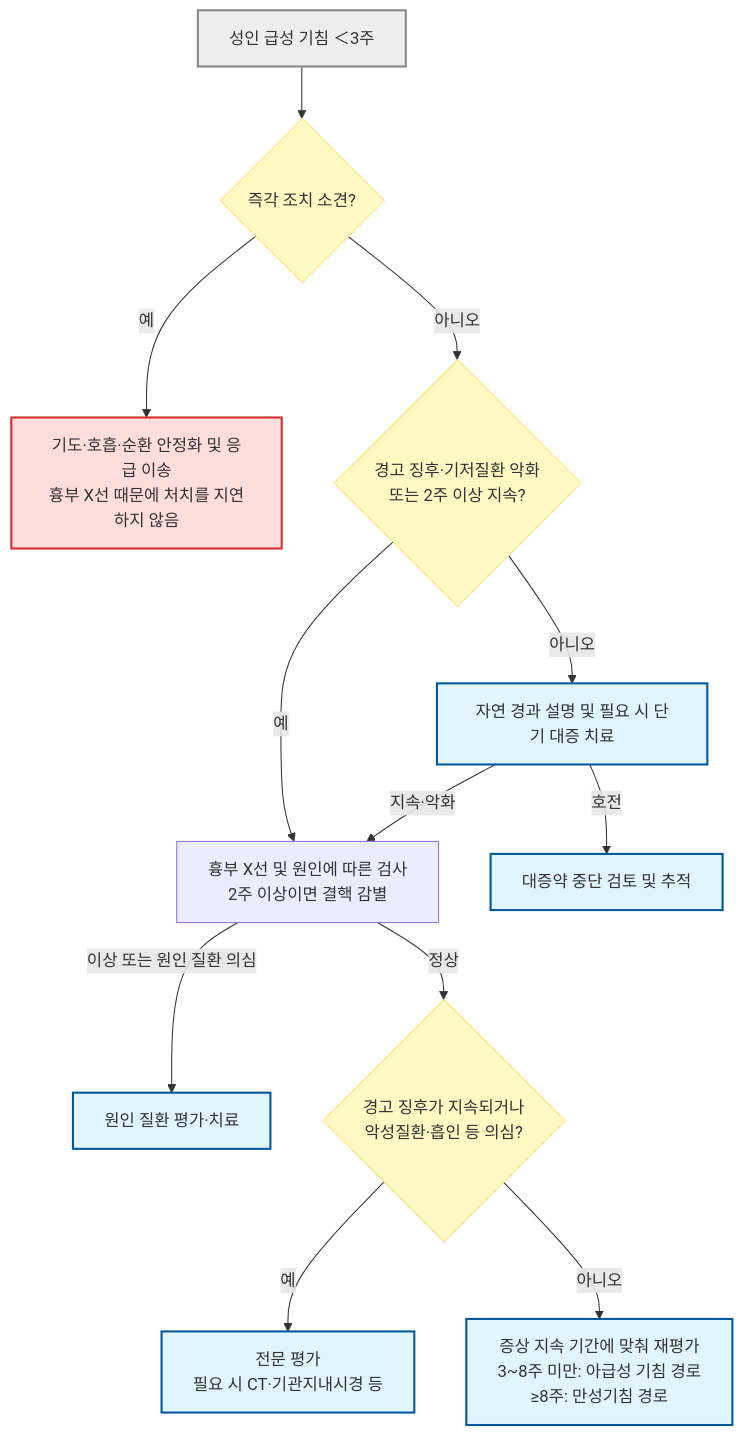
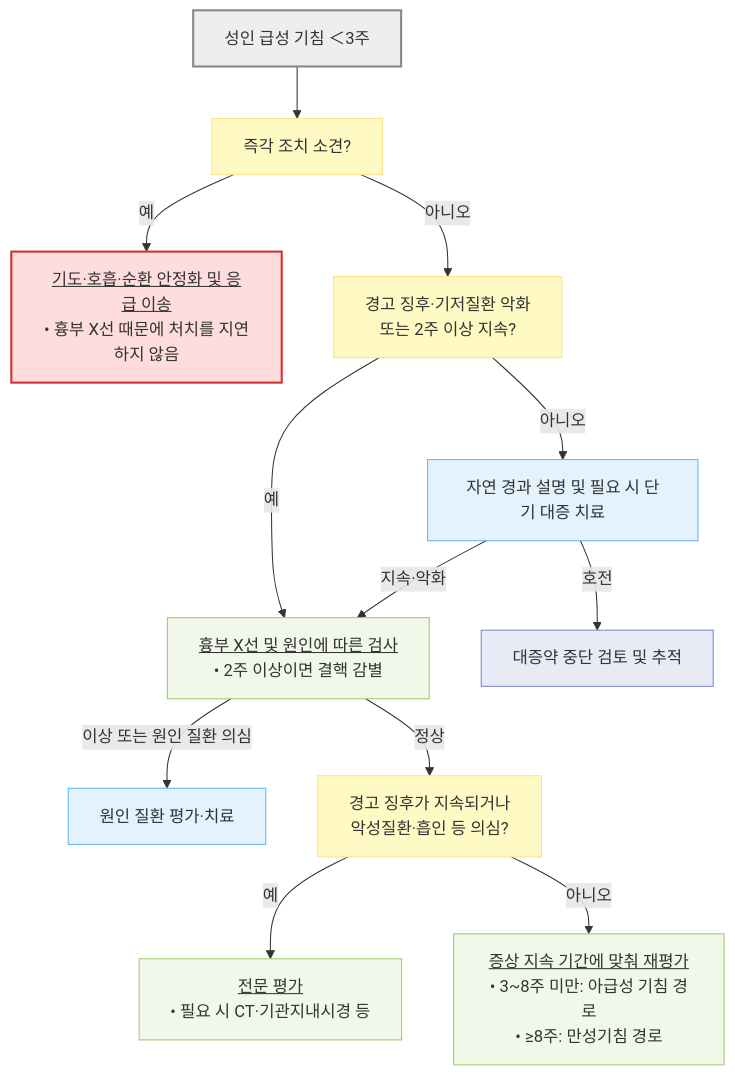
One commit to familyoh77/familyoh77 changed the first of 3 diagrams in 220_/006_-cough.md. Above: the diagram before and after it, drawn with Mermaid. The commit also changed other lines of this file and 13 other files, not shown here.

````diff
--- a/220_/006_-cough.md
+++ b/220_/006_-cough.md
@@ -208,20 +208,27 @@
 ```mermaid
 flowchart TD
-    Start["성인 급성 기침 ＜3주"] --> Urgent{"즉각 조치 소견?"}
-    Urgent -- "예" --> Emergency["기도·호흡·순환 안정화 및 응급 이송<br>흉부 X선 때문에 처치를 지연하지 않음"]
-    Urgent -- "아니오" --> Alarm{"경고 징후·기저질환 악화<br>또는 2주 이상 지속?"}
+    Start["성인 급성 기침 ＜3주"] --> Urgent["즉각 조치 소견?"]
+    Urgent -- "예" --> Emergency["<u>기도·호흡·순환 안정화 및 응급 이송</u><br/>• 흉부 X선 때문에 처치를 지연하지 않음"]
+    Urgent -- "아니오" --> Alarm["경고 징후·기저질환 악화<br/>또는 2주 이상 지속?"]
     Alarm -- "아니오" --> Symptomatic["자연 경과 설명 및 필요 시 단기 대증 치료"]
-    Alarm -- "예" --> Xray["흉부 X선 및 원인에 따른 검사<br>2주 이상이면 결핵 감별"]
+    Alarm -- "예" --> Xray["<u>흉부 X선 및 원인에 따른 검사</u><br/>• 2주 이상이면 결핵 감별"]
     Symptomatic -- "호전" --> Follow["대증약 중단 검토 및 추적"]
     Symptomatic -- "지속·악화" --> Xray
     Xray -- "이상 또는 원인 질환 의심" --> Treat["원인 질환 평가·치료"]
-    Xray -- "정상" --> Risk{"경고 징후가 지속되거나<br>악성질환·흡인 등 의심?"}
-    Risk -- "예" --> Refer["전문 평가<br>필요 시 CT·기관지내시경 등"]
-    Risk -- "아니오" --> Duration["증상 지속 기간에 맞춰 재평가<br>3~8주 미만: 아급성 기침 경로<br>≥8주: 만성기침 경로"]
+    Xray -- "정상" --> Risk["경고 징후가 지속되거나<br/>악성질환·흡인 등 의심?"]
+    Risk -- "예" --> Refer["<u>전문 평가</u><br/>• 필요 시 CT·기관지내시경 등"]
+    Risk -- "아니오" --> Duration["<u>증상 지속 기간에 맞춰 재평가</u><br/>• 3~8주 미만: 아급성 기침 경로<br/>• ≥8주: 만성기침 경로"]
+
+    classDef start fill:#eeeeee,stroke:#888888,stroke-width:2px
     classDef question fill:#fff9c4,stroke:#ffe082
-    classDef treatment fill:#e1f5fe,stroke:#01579b,stroke-width:2px
+    classDef emergency fill:#ffdddd,stroke:#d32f2f,stroke-width:2px
+    classDef evaluation fill:#f1f8e9,stroke:#9ccc65
+    classDef treatment fill:#e3f2fd,stroke:#64b5f6
+    classDef followup fill:#e8eaf6,stroke:#7986cb
+    class Start start
     class Urgent,Alarm,Risk question
-    class Symptomatic,Follow,Treat,Refer,Duration treatment
-    style Emergency fill:#ffdddd,stroke:#d32f2f,stroke-width:2px
-    style Start fill:#eeeeee,stroke:#888888,stroke-width:2px
+    class Emergency emergency
+    class Xray,Refer,Duration evaluation
+    class Symptomatic,Treat treatment
+    class Follow followup
 ```
````
